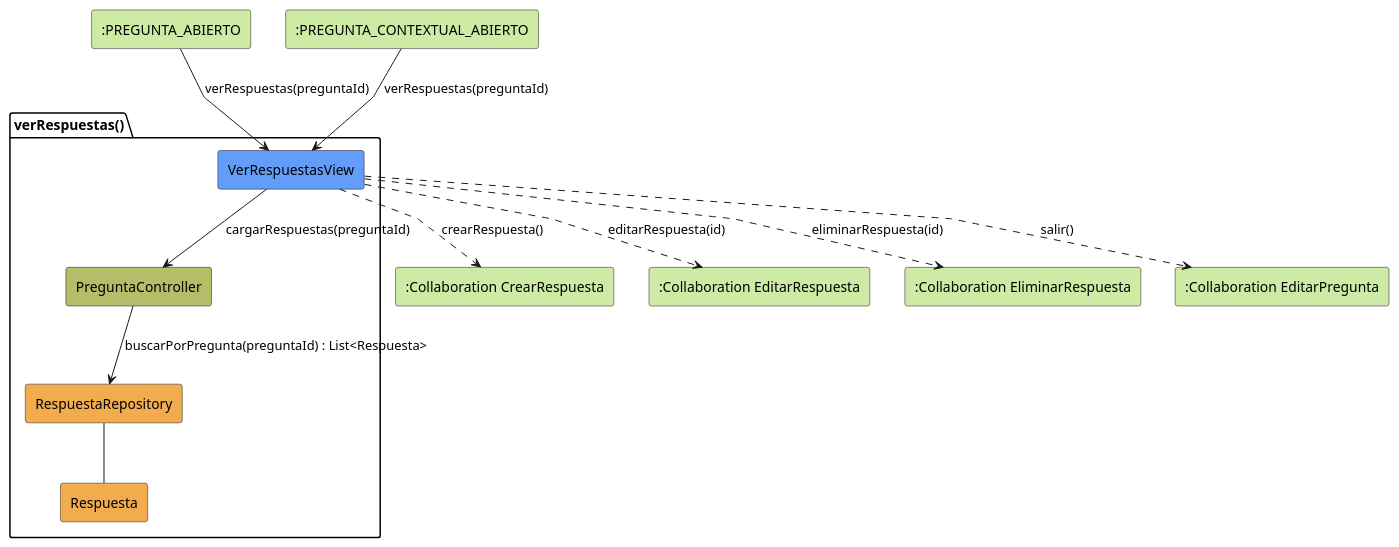
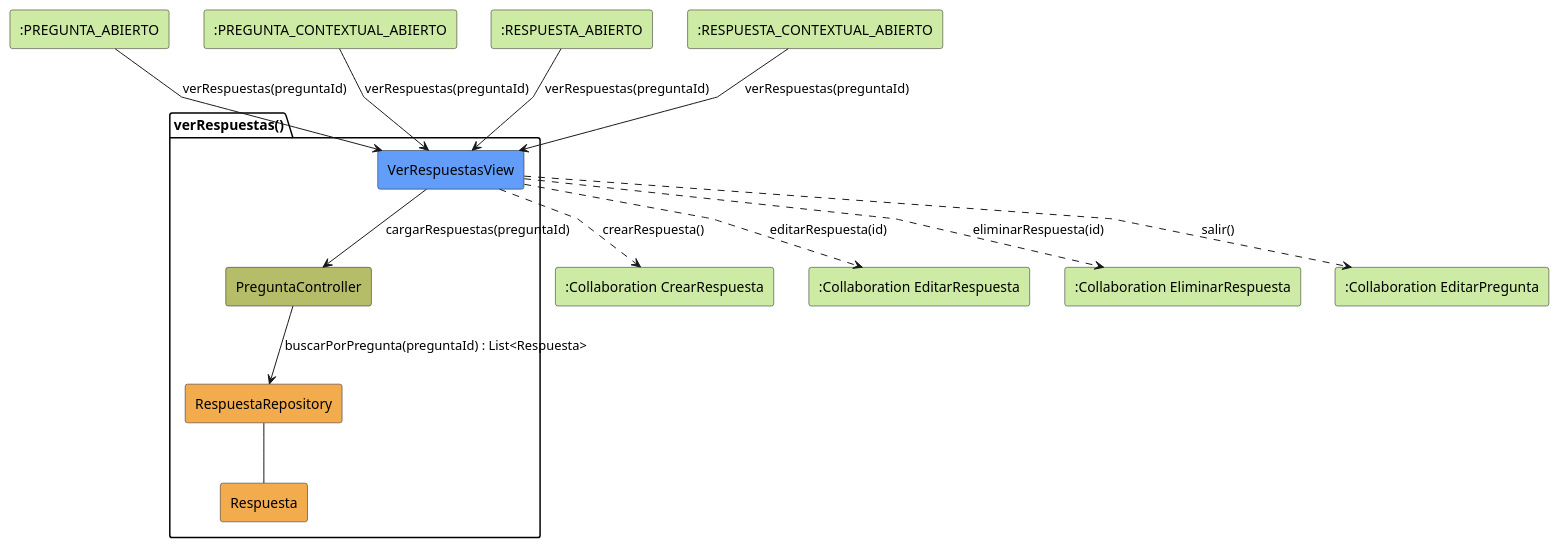
The diagram in modelosUML/analisis/verRespuestas/colaboracion.puml (Pareyor/25-26-idsw2-sdVC), drawn with PlantUML before and after one commit. The commit also changed 4 other files, not shown here.

Commit message:
fix: Corrige verRespuestas

```diff
--- a/modelosUML/analisis/verRespuestas/colaboracion.puml
+++ b/modelosUML/analisis/verRespuestas/colaboracion.puml
@@ -1,33 +1,38 @@
 @startuml verRespuestas-analisis
 skinparam linetype polyline
 
 rectangle #CDEBA5 ":PREGUNTA_ABIERTO" as PreguntaAbierto
 rectangle #CDEBA5 ":PREGUNTA_CONTEXTUAL_ABIERTO" as PreguntaContextualAbierto
+rectangle #CDEBA5 ":RESPUESTA_ABIERTO" as RespuestaAbierto
+rectangle #CDEBA5 ":RESPUESTA_CONTEXTUAL_ABIERTO" as RespuestaContextualAbierto
 
 rectangle #CDEBA5 ":Collaboration CrearRespuesta" as CrearRespuesta
 rectangle #CDEBA5 ":Collaboration EditarRespuesta" as EditarRespuesta
 rectangle #CDEBA5 ":Collaboration EliminarRespuesta" as EliminarRespuesta
 rectangle #CDEBA5 ":Collaboration EditarPregunta" as EditarPregunta
 
 package verRespuestas as "verRespuestas()" {
     rectangle #629EF9 VerRespuestasView
     rectangle #b5bd68 PreguntaController
     rectangle #F2AC4E RespuestaRepository
     rectangle #F2AC4E Respuesta
 }
 
 PreguntaAbierto --> VerRespuestasView: verRespuestas(preguntaId)
 PreguntaContextualAbierto --> VerRespuestasView: verRespuestas(preguntaId)
 
+RespuestaAbierto --> VerRespuestasView: verRespuestas(preguntaId)
+RespuestaContextualAbierto --> VerRespuestasView: verRespuestas(preguntaId)
+
 VerRespuestasView -d-> PreguntaController: cargarRespuestas(preguntaId)
 
 PreguntaController --> RespuestaRepository: buscarPorPregunta(preguntaId) : List<Respuesta>
 
 RespuestaRepository -- Respuesta
 
 VerRespuestasView ..> CrearRespuesta: crearRespuesta()
 VerRespuestasView ..> EditarRespuesta: editarRespuesta(id)
 VerRespuestasView ..> EliminarRespuesta: eliminarRespuesta(id)
 VerRespuestasView ..> EditarPregunta: salir()
 
 @enduml
```
